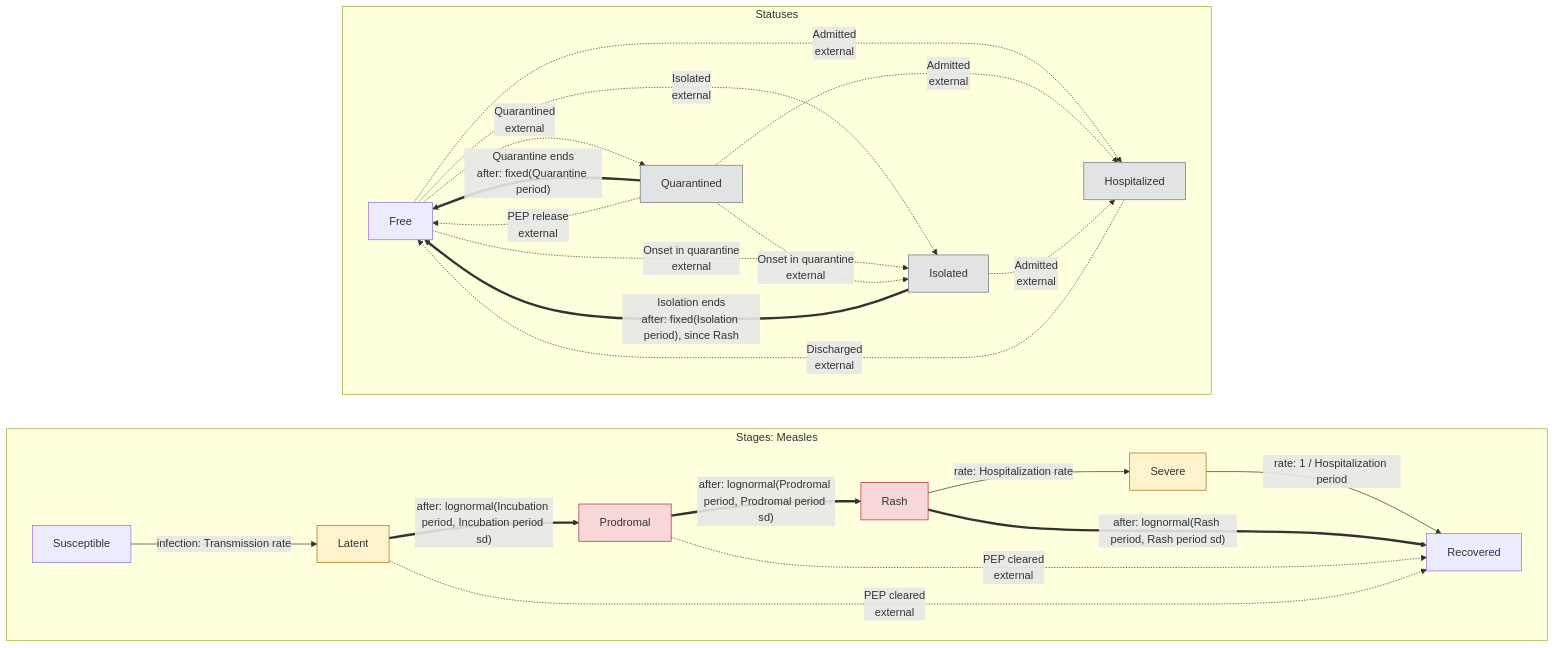
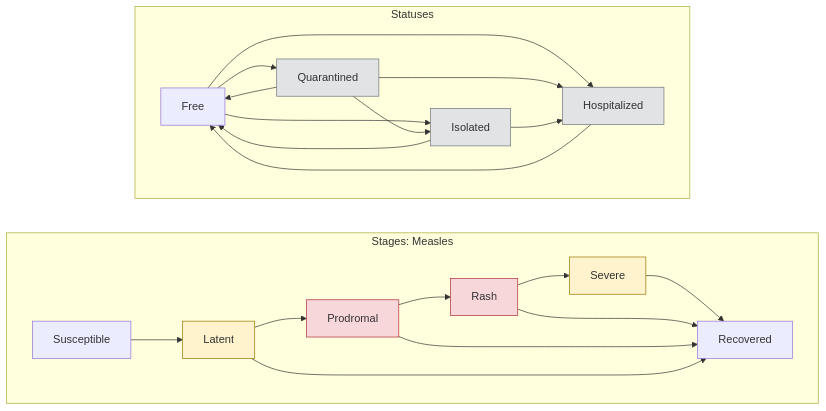
The diagram in include/measles/measlesschool.mmd (UofUEpiBio/epiworld), drawn with Mermaid before and after one commit. The commit also changed 28 other files, not shown here.

First line of the commit message:
Close the natural-history plan: quarantine exemption by tool name, plain diagrams, NH-5 next

```diff
--- a/include/measles/measlesschool.mmd
+++ b/include/measles/measlesschool.mmd
@@ -1,40 +1,38 @@
 %% Drawn from the model's declarations by `make diagrams`; do not edit.
 flowchart LR
     subgraph stages["Stages: Measles"]
         direction LR
         s0["Susceptible"]
         s1["Latent"]:::carrier
         s2["Prodromal"]:::infectious
         s3["Rash"]:::infectious
         s4["Severe"]:::carrier
         s5["Recovered"]
-        s0 -->|"infection: Transmission rate"| s1
-        s1 ==>|"after: lognormal(Incubation period, Incubation period sd)"| s2
-        s2 ==>|"after: lognormal(Prodromal period, Prodromal period sd)"| s3
-        s3 -->|"rate: Hospitalization rate"| s4
-        s3 ==>|"after: lognormal(Rash period, Rash period sd)"| s5
-        s4 -->|"rate: 1 / Hospitalization period"| s5
-        s1 -.->|"PEP cleared<br>external"| s5
-        s2 -.->|"PEP cleared<br>external"| s5
+        s0 --> s1
+        s1 --> s2
+        s2 --> s3
+        s3 --> s4
+        s3 --> s5
+        s4 --> s5
+        s1 --> s5
+        s2 --> s5
     end
     subgraph statuses["Statuses"]
         direction LR
         q0["Free"]
         q1["Quarantined"]:::away
         q2["Isolated"]:::away
         q3["Hospitalized"]:::away
-        q0 -.->|"Quarantined<br>external"| q1
-        q1 ==>|"Quarantine ends<br>after: fixed(Quarantine period)"| q0
-        q0 -.->|"Isolated<br>external"| q2
-        q0 -.->|"Onset in quarantine<br>external"| q2
-        q1 -.->|"Onset in quarantine<br>external"| q2
-        q2 ==>|"Isolation ends<br>after: fixed(Isolation period), since Rash"| q0
-        q0 -.->|"Admitted<br>external"| q3
-        q1 -.->|"Admitted<br>external"| q3
-        q2 -.->|"Admitted<br>external"| q3
-        q3 -.->|"Discharged<br>external"| q0
-        q1 -.->|"PEP release<br>external"| q0
+        q0 --> q1
+        q1 --> q0
+        q0 --> q2
+        q1 --> q2
+        q2 --> q0
+        q0 --> q3
+        q1 --> q3
+        q2 --> q3
+        q3 --> q0
     end
     classDef infectious fill:#f8d7da,stroke:#b02a37
     classDef carrier fill:#fff3cd,stroke:#997404
     classDef away fill:#e2e3e5,stroke:#6c757d
```
